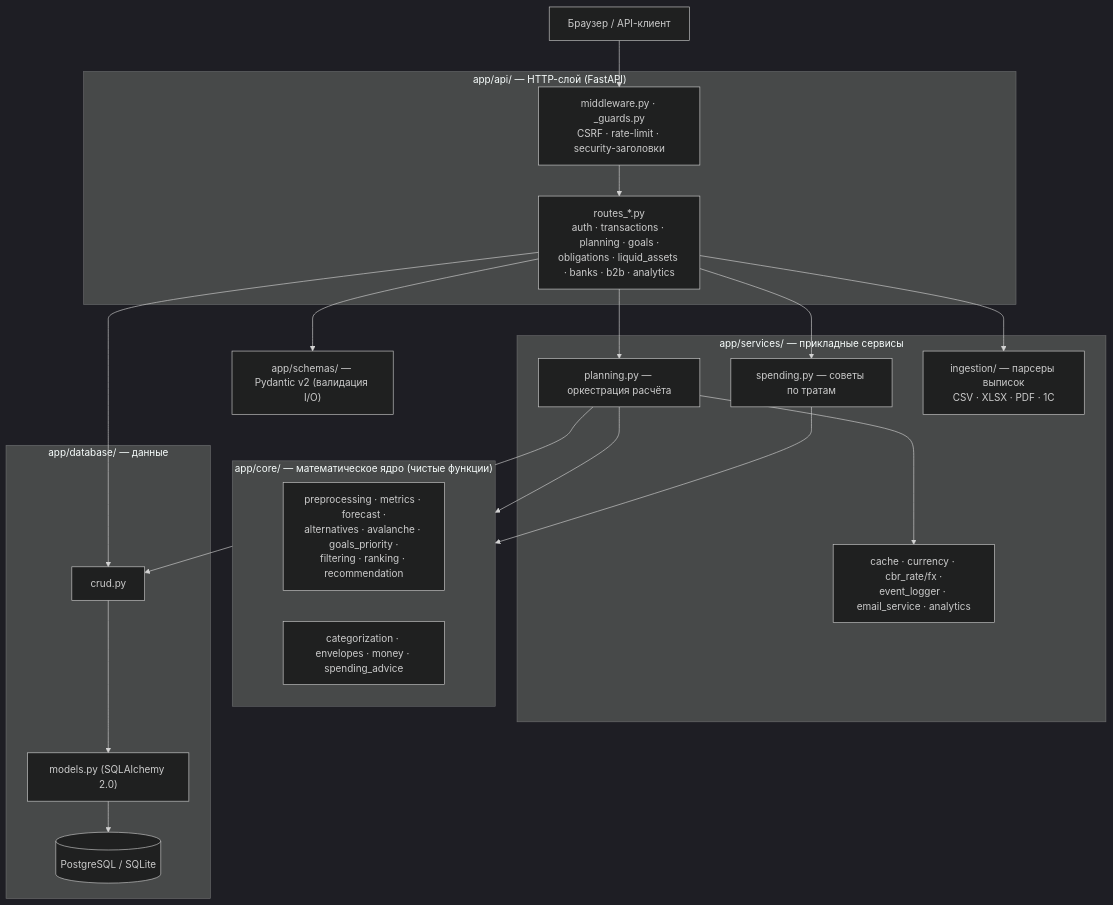
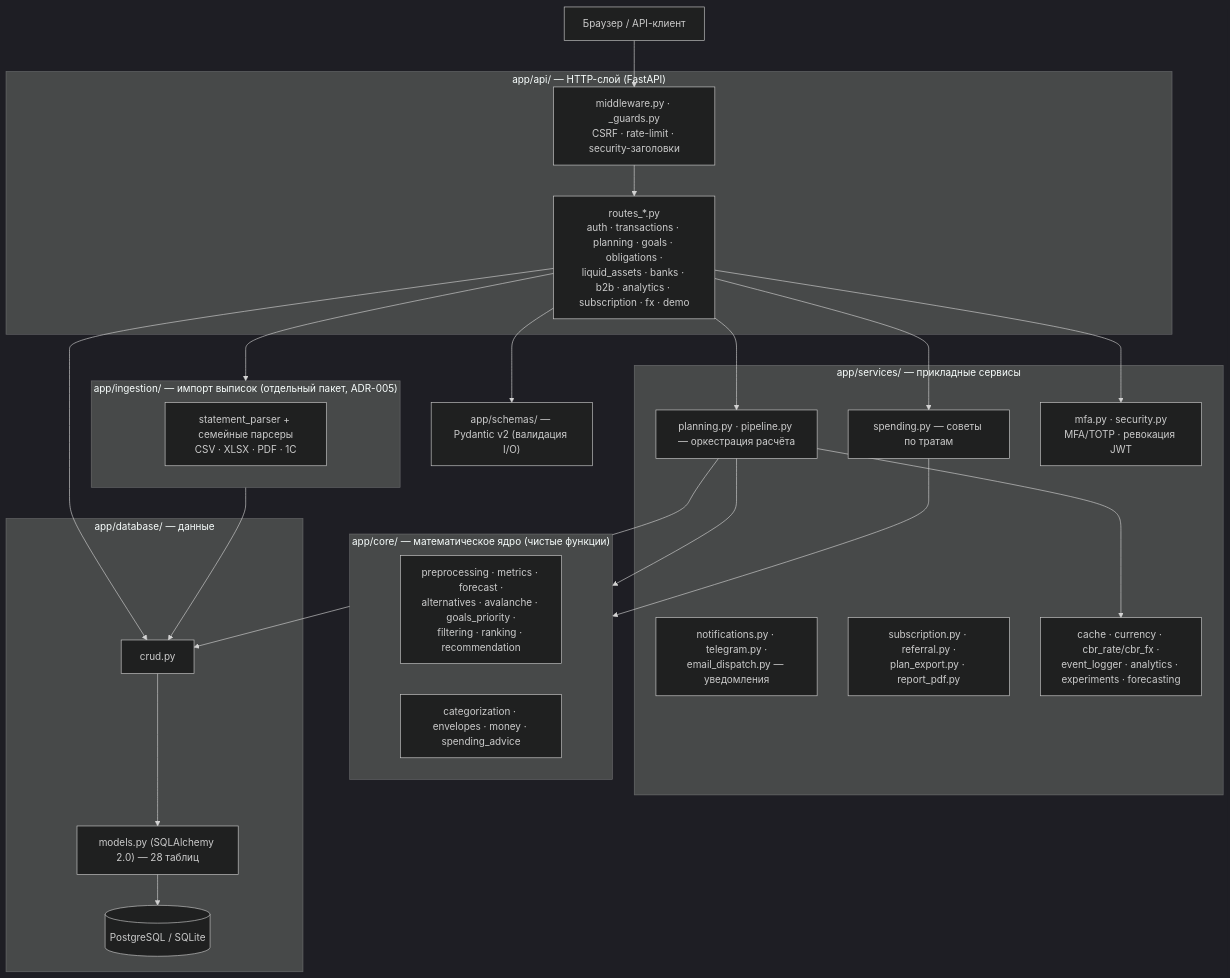
The first of 8 diagrams in docs/diagrams.md (vevdokimovm/personal-finance-dss), drawn with Mermaid (dark theme) before and after one commit. The commit also changed other lines of this file and 12 other files, not shown here.

````diff
--- a/docs/diagrams.md
+++ b/docs/diagrams.md
@@ -28,42 +29,50 @@
 ```mermaid
 flowchart TD
     Client["Браузер / API-клиент"]
 
     subgraph HTTP["app/api/ — HTTP-слой (FastAPI)"]
-        Routes["routes_*.py<br/>auth · transactions · planning · goals ·<br/>obligations · liquid_assets · banks · b2b · analytics"]
+        Routes["routes_*.py<br/>auth · transactions · planning · goals · obligations ·<br/>liquid_assets · banks · b2b · analytics · subscription · fx · demo"]
         MW["middleware.py · _guards.py<br/>CSRF · rate-limit · security-заголовки"]
     end
 
     subgraph SVC["app/services/ — прикладные сервисы"]
-        Planning["planning.py — оркестрация расчёта"]
+        Planning["planning.py · pipeline.py — оркестрация расчёта"]
         Spending["spending.py — советы по тратам"]
-        Ingestion["ingestion/ — парсеры выписок<br/>CSV · XLSX · PDF · 1C"]
-        Infra["cache · currency · cbr_rate/fx ·<br/>event_logger · email_service · analytics"]
+        AuthSvc["mfa.py · security.py<br/>MFA/TOTP · ревокация JWT"]
+        Notif["notifications.py · telegram.py ·<br/>email_dispatch.py — уведомления"]
+        Money["subscription.py · referral.py ·<br/>plan_export.py · report_pdf.py"]
+        Infra["cache · currency · cbr_rate/cbr_fx ·<br/>event_logger · analytics · experiments · forecasting"]
+    end
+
+    subgraph ING["app/ingestion/ — импорт выписок (отдельный пакет, ADR-005)"]
+        Parsers["statement_parser + семейные парсеры<br/>CSV · XLSX · PDF · 1C"]
     end
 
     subgraph CORE["app/core/ — математическое ядро (чистые функции)"]
         direction LR
         Pipeline["preprocessing · metrics · forecast ·<br/>alternatives · avalanche · goals_priority ·<br/>filtering · ranking · recommendation"]
         Support["categorization · envelopes · money · spending_advice"]
     end
 
     subgraph DATA["app/database/ — данные"]
         CRUD["crud.py"]
-        Models["models.py (SQLAlchemy 2.0)"]
+        Models["models.py (SQLAlchemy 2.0) — 28 таблиц"]
         DB[("PostgreSQL / SQLite")]
     end
 
     Schemas["app/schemas/ — Pydantic v2 (валидация I/O)"]
 
     Client --> MW --> Routes
     Routes --> Schemas
     Routes --> Planning
     Routes --> Spending
-    Routes --> Ingestion
+    Routes --> AuthSvc
+    Routes --> ING
     Routes --> CRUD
     Planning --> Pipeline
     Planning --> CRUD
     Planning --> Infra
     Spending --> Support
+    ING --> CRUD
     CRUD --> Models --> DB
 ```
````
